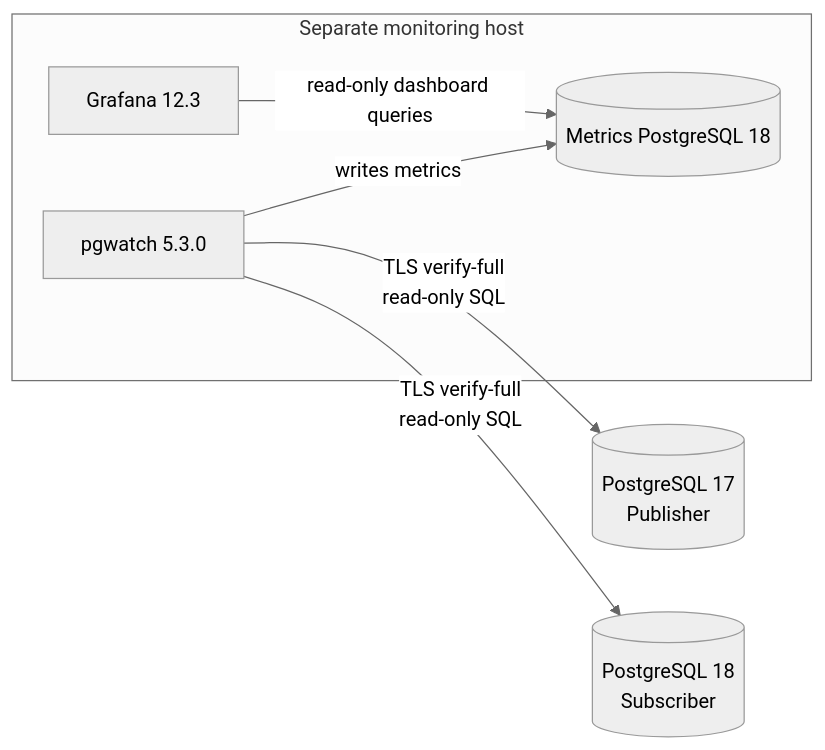
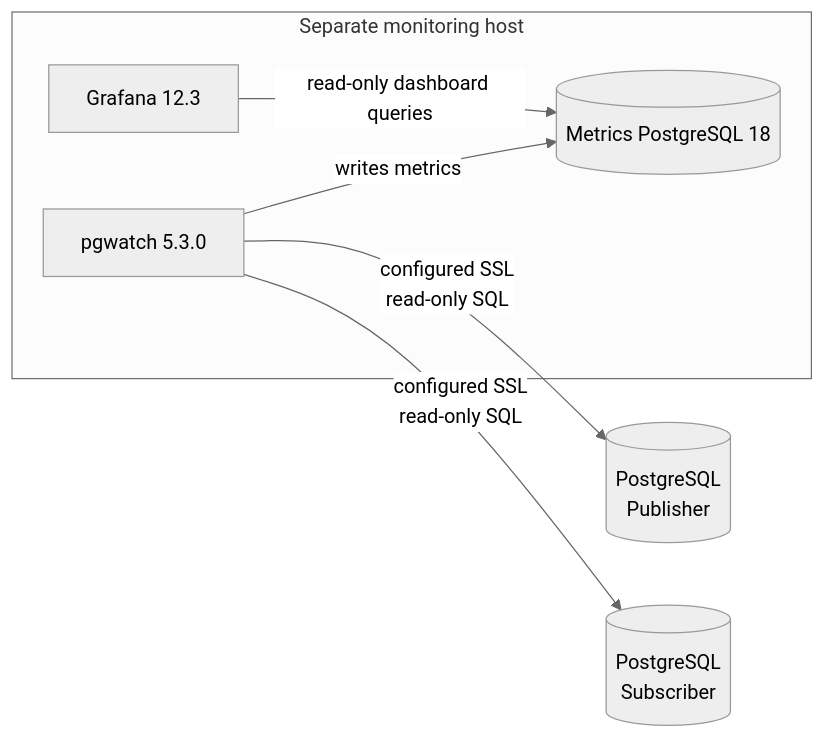
The diagram in README.md (jack2000-dev/pgwatch-db-migration), drawn with Mermaid (neutral theme) before and after one commit. The commit also changed other lines of this file and 12 other files, not shown here.

````diff
--- a/README.md
+++ b/README.md
@@ -15,14 +15,14 @@
 ```mermaid
 flowchart LR
-    S[(PostgreSQL 17\nPublisher)]
-    T[(PostgreSQL 18\nSubscriber)]
+    S[(PostgreSQL\nPublisher)]
+    T[(PostgreSQL\nSubscriber)]
     subgraph M[Separate monitoring host]
       P[pgwatch 5.3.0]
       D[(Metrics PostgreSQL 18)]
       G[Grafana 12.3]
       P -->|writes metrics| D
       G -->|read-only dashboard queries| D
     end
-    P -->|TLS verify-full\nread-only SQL| S
-    P -->|TLS verify-full\nread-only SQL| T
+    P -->|configured SSL\nread-only SQL| S
+    P -->|configured SSL\nread-only SQL| T
 ```
````
